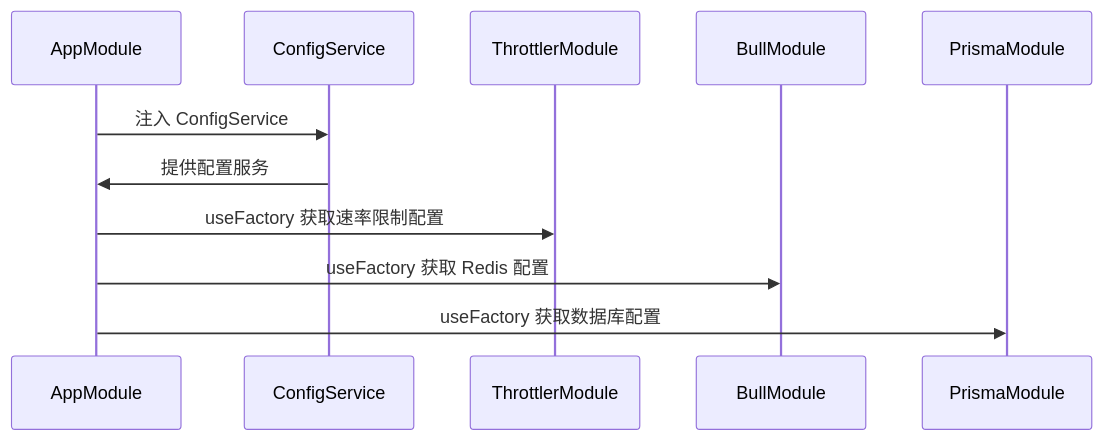
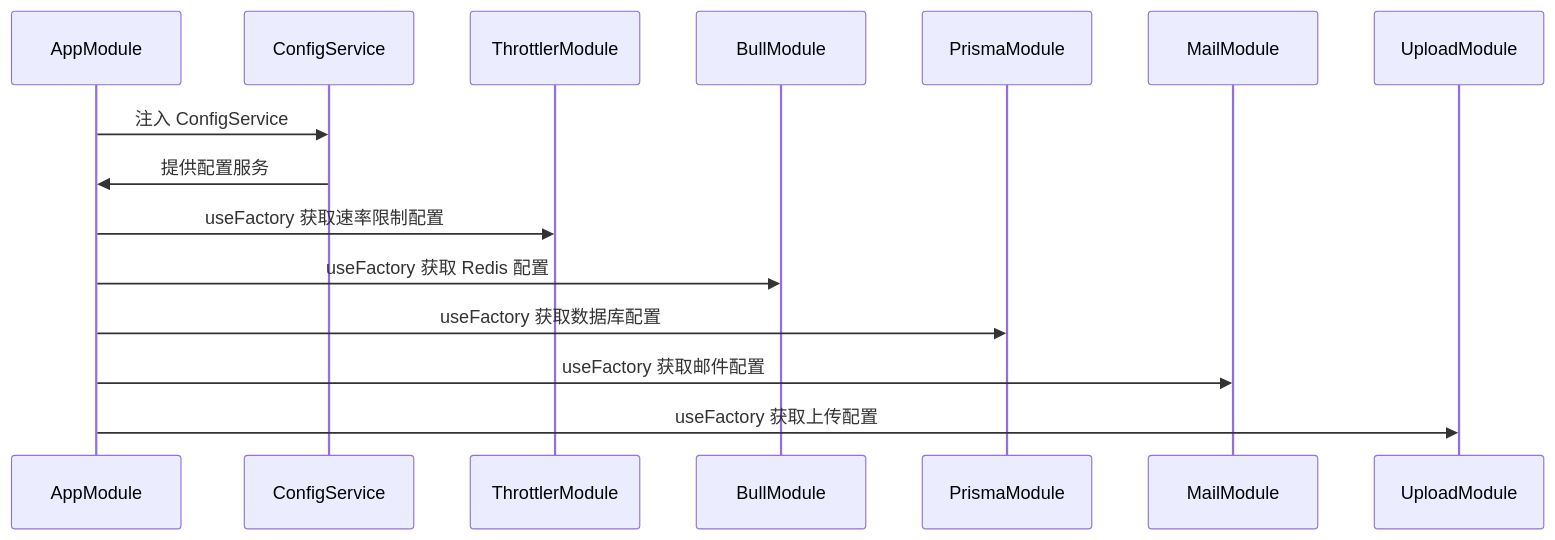
Before and after one commit to xixixiaoyu/vue3-nest-template: the second of 4 diagrams in .qoder/repowiki/zh/content/架构设计/后端架构/配置管理.md, drawn with Mermaid. The commit also changed other lines of this file and 2 other files, not shown here.

````diff
--- a/.qoder/repowiki/zh/content/架构设计/后端架构/配置管理.md
+++ b/.qoder/repowiki/zh/content/架构设计/后端架构/配置管理.md
@@ -53,13 +110,17 @@
 ```mermaid
 sequenceDiagram
 participant AppModule
 participant ConfigService
 participant ThrottlerModule
 participant BullModule
 participant PrismaModule
+participant MailModule
+participant UploadModule
 AppModule->>ConfigService : 注入 ConfigService
 ConfigService->>AppModule : 提供配置服务
 AppModule->>ThrottlerModule : useFactory 获取速率限制配置
 AppModule->>BullModule : useFactory 获取 Redis 配置
 AppModule->>PrismaModule : useFactory 获取数据库配置
+AppModule->>MailModule : useFactory 获取邮件配置
+AppModule->>UploadModule : useFactory 获取上传配置
 ```
````
